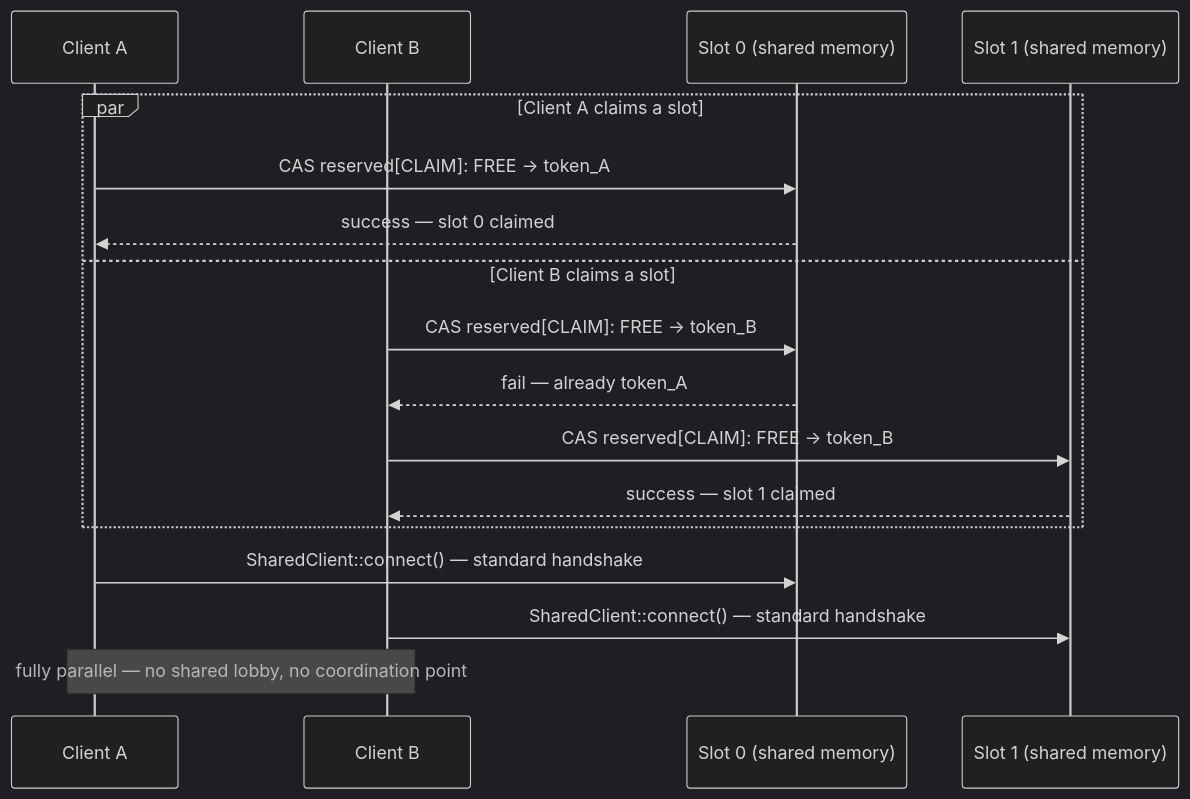
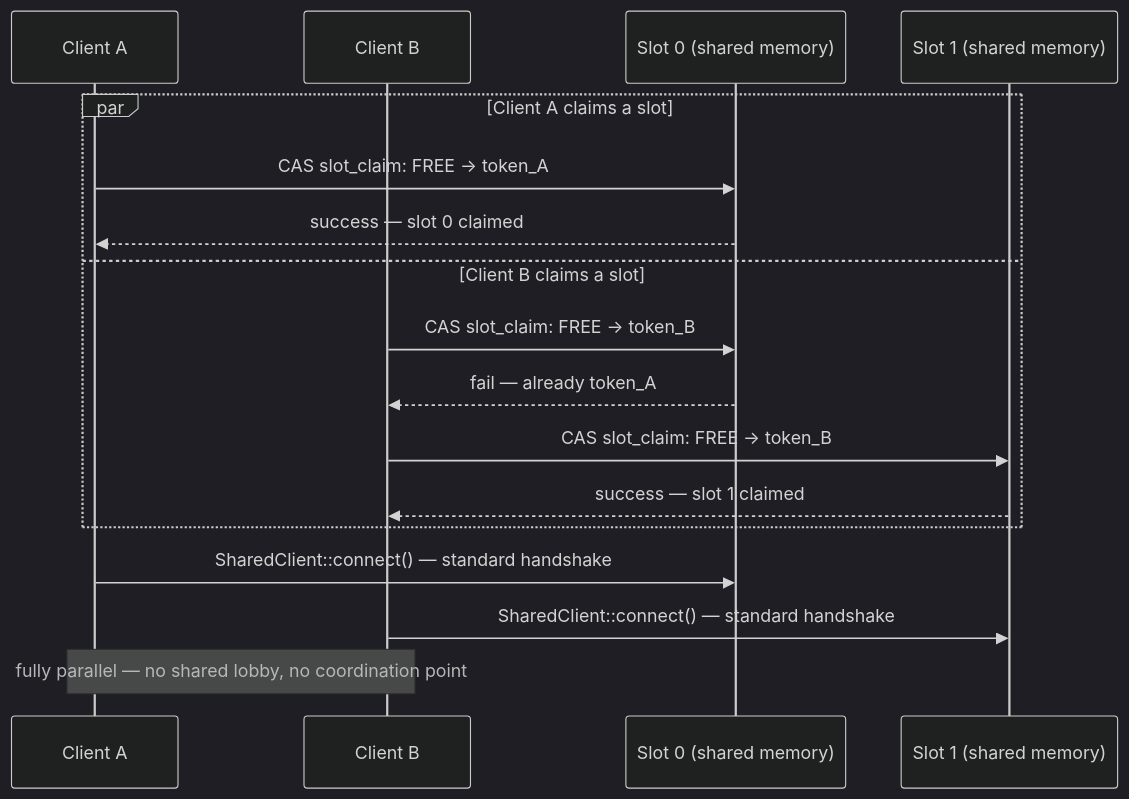
The fourth of 4 diagrams in README.md (Platon7788/xshm), drawn with Mermaid (dark theme) before and after one commit. The commit also changed other lines of this file and 4 other files, not shown here.

````diff
--- a/README.md
+++ b/README.md
@@ -396,21 +535,21 @@
 ```mermaid
 sequenceDiagram
     participant A as Client A
     participant B as Client B
     participant S0 as Slot 0 (shared memory)
     participant S1 as Slot 1 (shared memory)
 
     par Client A claims a slot
-        A->>S0: CAS reserved[CLAIM]: FREE → token_A
+        A->>S0: CAS slot_claim: FREE → token_A
         S0-->>A: success — slot 0 claimed
     and Client B claims a slot
-        B->>S0: CAS reserved[CLAIM]: FREE → token_B
+        B->>S0: CAS slot_claim: FREE → token_B
         S0-->>B: fail — already token_A
-        B->>S1: CAS reserved[CLAIM]: FREE → token_B
+        B->>S1: CAS slot_claim: FREE → token_B
         S1-->>B: success — slot 1 claimed
     end
 
     A->>S0: SharedClient::connect() — standard handshake
     B->>S1: SharedClient::connect() — standard handshake
     Note over A,B: fully parallel — no shared lobby, no coordination point
 ```
````
